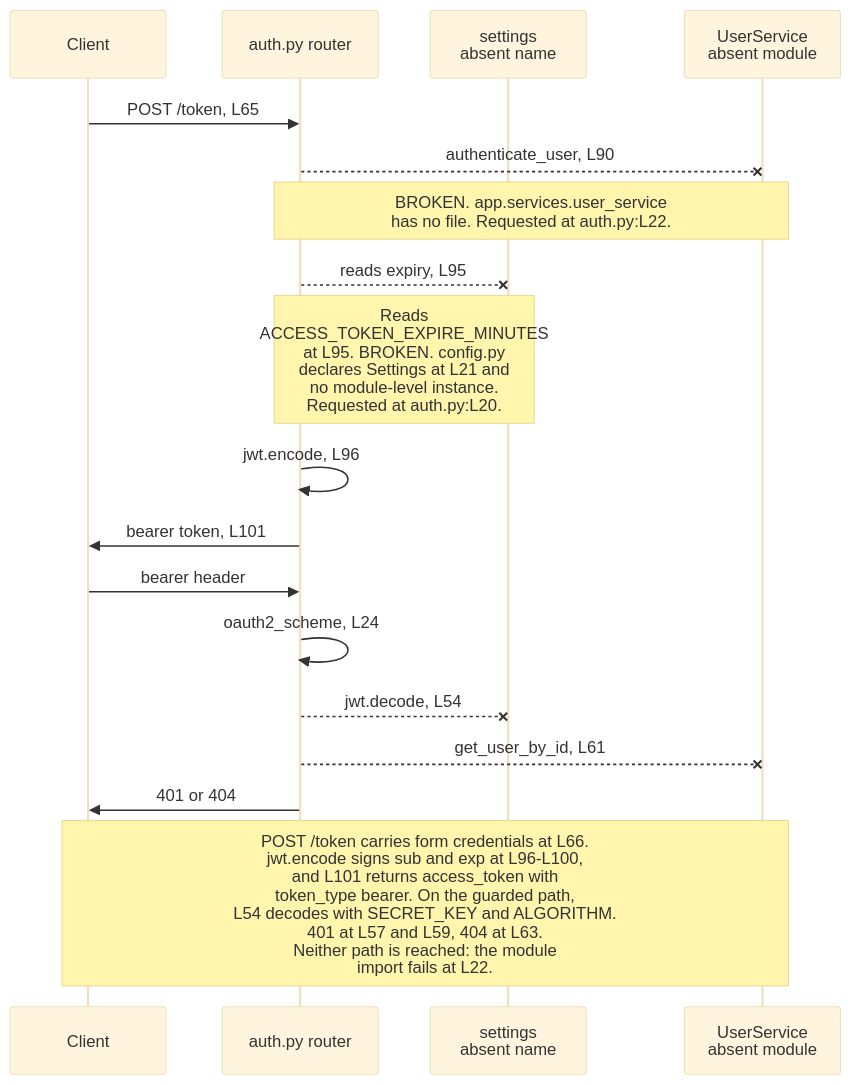
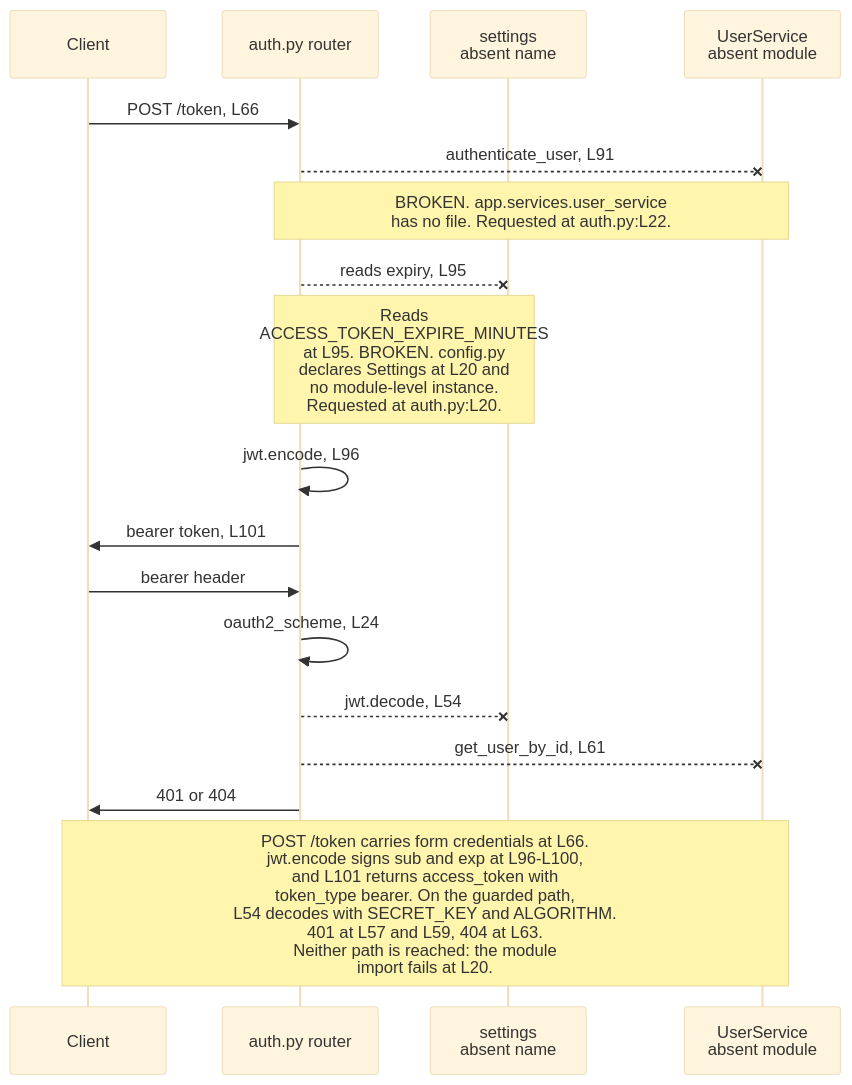
Before and after one commit to blitzy-public-samples/microsoft-word-u33ko0: the first of 2 diagrams in backend/app/api/README.md, drawn with Mermaid (base theme). The commit also changed other lines of this file and 25 other files, not shown here.

````diff
--- a/backend/app/api/README.md
+++ b/backend/app/api/README.md
@@ -149,23 +149,23 @@
 ```mermaid
 sequenceDiagram
     accTitle: Token issuance and protected-route validation in the auth router
-    accDescr: A client posts form credentials to the token route, which reaches for an absent UserService and an absent settings instance before it can sign a token. The protected-route path repeats both failures. Neither path is reached, because the module import fails at auth.py:L22.
+    accDescr: A client posts form credentials to the token route, which reaches for an absent UserService and an absent settings instance before it can sign a token. The protected-route path repeats both failures. Neither path is reached, because the module import fails at auth.py:L20.
     participant C as Client
     participant A as auth.py router
     participant S as settings<br/>absent name
     participant U as UserService<br/>absent module
 
-    C->>A: POST /token, L65
-    A--xU: authenticate_user, L90
+    C->>A: POST /token, L66
+    A--xU: authenticate_user, L91
     Note over A,U: BROKEN. app.services.user_service<br/>has no file. Requested at auth.py:L22.
     A--xS: reads expiry, L95
-    Note over A,S: Reads<br/>ACCESS_TOKEN_EXPIRE_MINUTES<br/>at L95. BROKEN. config.py<br/>declares Settings at L21 and<br/>no module-level instance.<br/>Requested at auth.py:L20.
+    Note over A,S: Reads<br/>ACCESS_TOKEN_EXPIRE_MINUTES<br/>at L95. BROKEN. config.py<br/>declares Settings at L20 and<br/>no module-level instance.<br/>Requested at auth.py:L20.
     A->>A: jwt.encode, L96
     A->>C: bearer token, L101
     C->>A: bearer header
     A->>A: oauth2_scheme, L24
     A--xS: jwt.decode, L54
     A--xU: get_user_by_id, L61
     A->>C: 401 or 404
-    Note over C,U: POST /token carries form credentials at L66.<br/>jwt.encode signs sub and exp at L96-L100,<br/>and L101 returns access_token with<br/>token_type bearer. On the guarded path,<br/>L54 decodes with SECRET_KEY and ALGORITHM.<br/>401 at L57 and L59, 404 at L63.<br/>Neither path is reached: the module<br/>import fails at L22.
+    Note over C,U: POST /token carries form credentials at L66.<br/>jwt.encode signs sub and exp at L96-L100,<br/>and L101 returns access_token with<br/>token_type bearer. On the guarded path,<br/>L54 decodes with SECRET_KEY and ALGORITHM.<br/>401 at L57 and L59, 404 at L63.<br/>Neither path is reached: the module<br/>import fails at L20.
 ```
````
